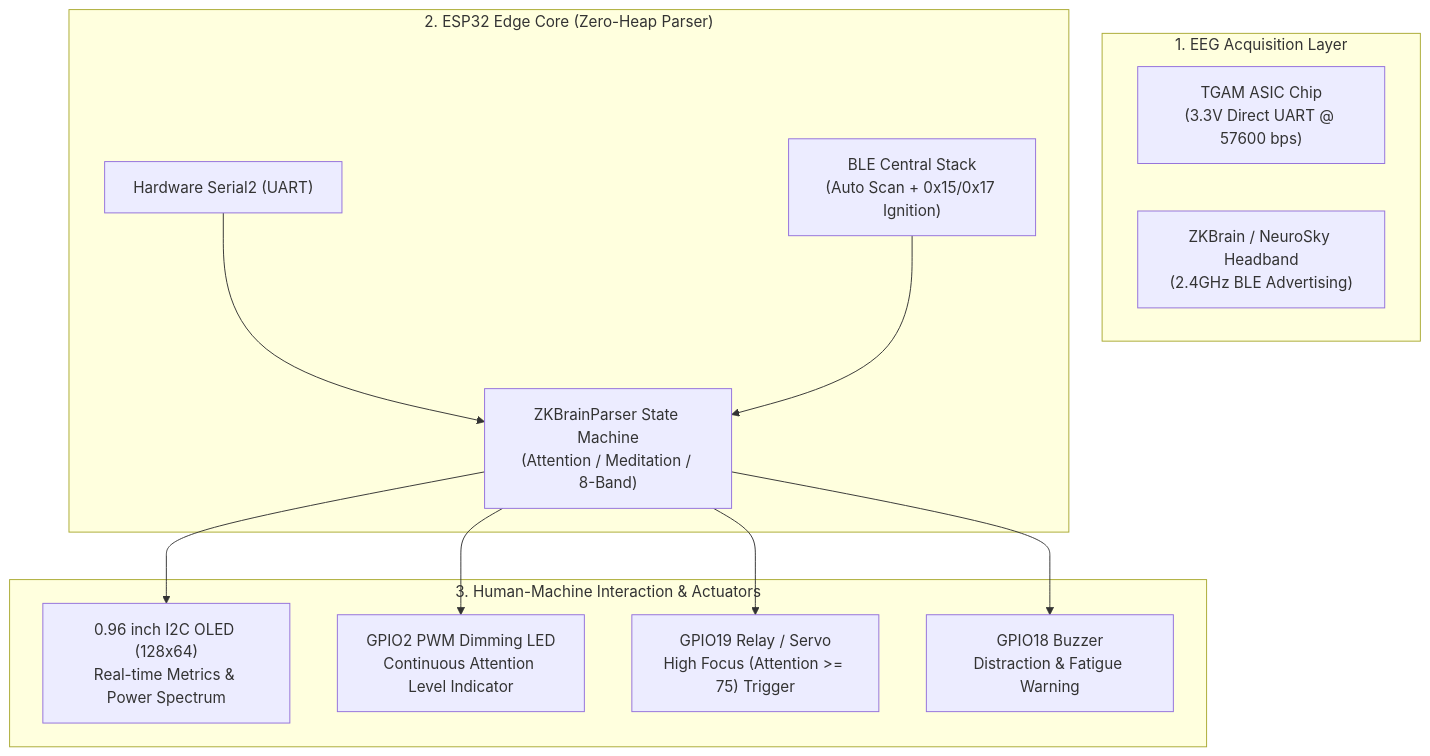
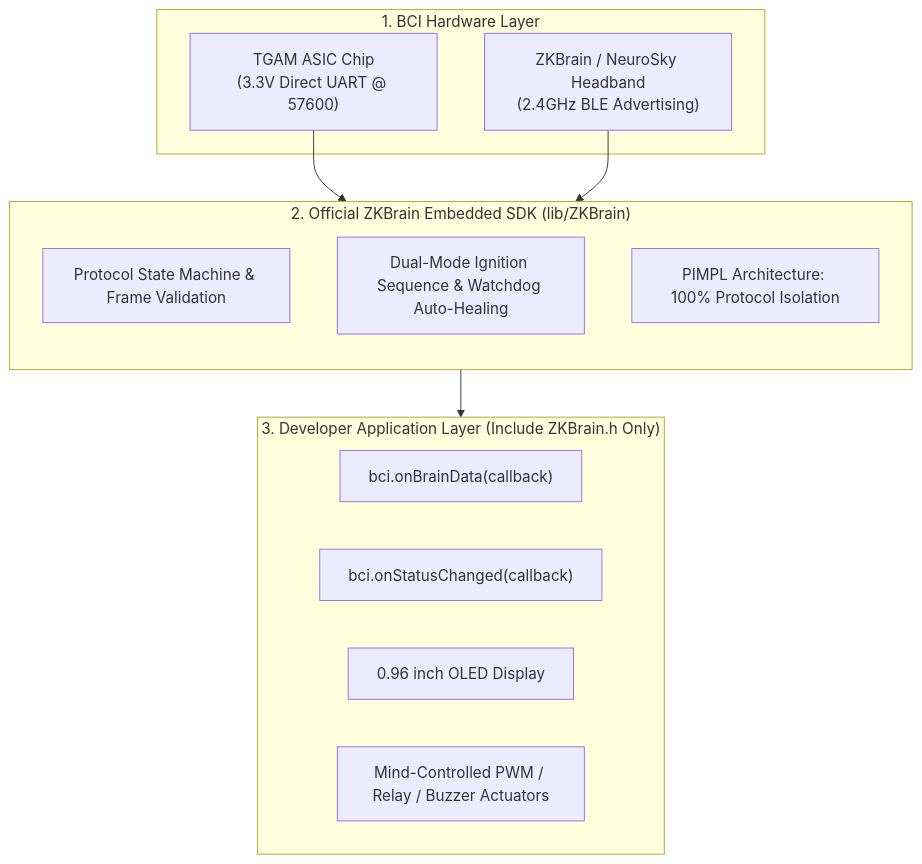
The diagram in templates/mcu-esp32/README_EN.md (zkteco-xteam/zkbrain-starter), drawn with Mermaid before and after one commit. The commit also changed other lines of this file and 10 other files, not shown here.

Commit message:
feat(mcu-esp32): encapsulate protocol into black-box ZKBrain SDK library

````diff
--- a/templates/mcu-esp32/README_EN.md
+++ b/templates/mcu-esp32/README_EN.md
@@ -15,19 +16,25 @@
 ```mermaid
 flowchart TD
-    subgraph SENSORS["1. EEG Acquisition Layer"]
-        A1["TGAM ASIC Chip<br/>(3.3V Direct UART @ 57600 bps)"]
-        A2["ZKBrain / NeuroSky Headband<br/>(2.4GHz BLE Advertising)"]
+    subgraph HARDWARE["1. BCI Hardware Layer"]
+        HW1["TGAM ASIC Chip<br/>(3.3V Direct UART @ 57600)"]
+        HW2["ZKBrain / NeuroSky Headband<br/>(2.4GHz BLE Advertising)"]
     end
 
-    subgraph MCU["2. ESP32 Edge Core (Zero-Heap Parser)"]
-        B1["Hardware Serial2 (UART)"] --> C["ZKBrainParser State Machine<br/>(Attention / Meditation / 8-Band)"]
-        B2["BLE Central Stack<br/>(Auto Scan + 0x15/0x17 Ignition)"] --> C
+    subgraph SDK["2. Official ZKBrain Embedded SDK (lib/ZKBrain)"]
+        direction TB
+        B1["Protocol State Machine & Frame Validation"]
+        B2["Dual-Mode Ignition Sequence & Watchdog Auto-Healing"]
+        B3["PIMPL Architecture: 100% Protocol Isolation"]
     end
 
-    subgraph ACTUATORS["3. Human-Machine Interaction & Actuators"]
-        C --> D1["0.96 inch I2C OLED (128x64)<br/>Real-time Metrics & Power Spectrum"]
-        C --> D2["GPIO2 PWM Dimming LED<br/>Continuous Attention Level Indicator"]
-        C --> D3["GPIO19 Relay / Servo<br/>High Focus (Attention >= 75) Trigger"]
-        C --> D4["GPIO18 Buzzer<br/>Distraction & Fatigue Warning"]
+    subgraph APP["3. Developer Application Layer (Include ZKBrain.h Only)"]
+        C1["bci.onBrainData(callback)"]
+        C2["bci.onStatusChanged(callback)"]
+        C3["0.96 inch OLED Display"]
+        C4["Mind-Controlled PWM / Relay / Buzzer Actuators"]
     end
+
+    HW1 --> SDK
+    HW2 --> SDK
+    SDK --> APP
 ```
````
